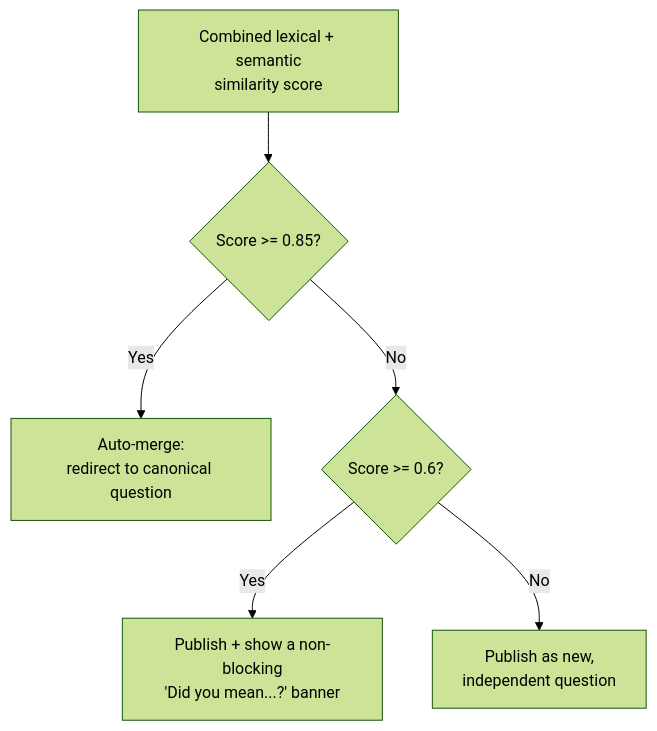
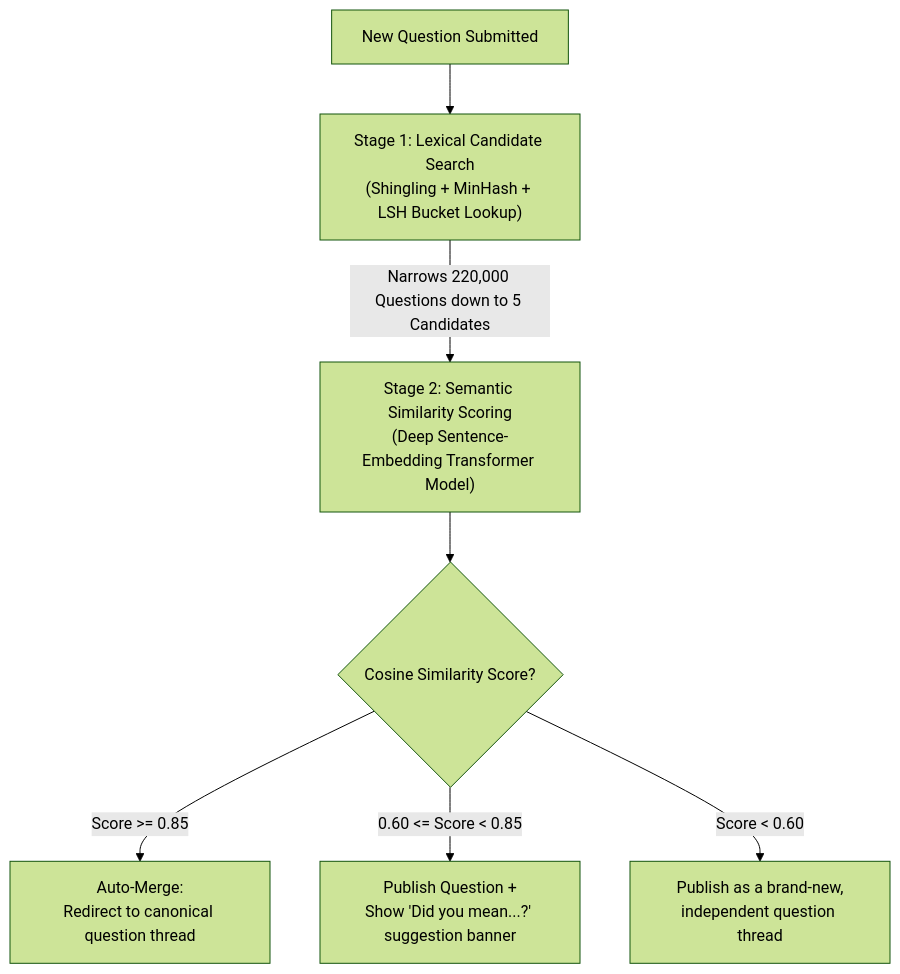
Before and after one commit to riyaz-pasha/Learnings: diagram 14 of 18 in system-design/HLD/0-course/27-Design Quora-FAANG-Guide.md, drawn with Mermaid (forest theme). The commit also changed other lines of this file and 1 other file, not shown here.

Commit message:
docs: simplify language, expand examples, and fix mermaid diagrams in Quora guide

````diff
--- a/system-design/HLD/0-course/27-Design Quora-FAANG-Guide.md
+++ b/system-design/HLD/0-course/27-Design Quora-FAANG-Guide.md
@@ -684,8 +661,11 @@
 ```mermaid
 flowchart TD
-    Score[Combined lexical + semantic<br/>similarity score] --> D1{Score >= 0.85?}
-    D1 -->|Yes| Merge[Auto-merge:<br/>redirect to canonical question]
-    D1 -->|No| D2{Score >= 0.6?}
-    D2 -->|Yes| Suggest["Publish + show a non-blocking<br/>'Did you mean...?' banner"]
-    D2 -->|No| Publish[Publish as new,<br/>independent question]
+    NewQ["New Question Submitted"] --> LexicalPass["Stage 1: Lexical Candidate Search\n(Shingling + MinHash + LSH Bucket Lookup)"]
+    LexicalPass -->|Narrows 220,000 Questions down to 5 Candidates| SemanticPass["Stage 2: Semantic Similarity Scoring\n(Deep Sentence-Embedding Transformer Model)"]
+    
+    SemanticPass --> ScoreCheck{"Cosine Similarity Score?"}
+    
+    ScoreCheck -->|Score >= 0.85| AutoMerge["Auto-Merge:\nRedirect to canonical question thread"]
+    ScoreCheck -->|0.60 <= Score < 0.85| SoftSuggest["Publish Question +\nShow 'Did you mean...?' suggestion banner"]
+    ScoreCheck -->|Score < 0.60| PublishNew["Publish as a brand-new,\nindependent question thread"]
 ```
````
